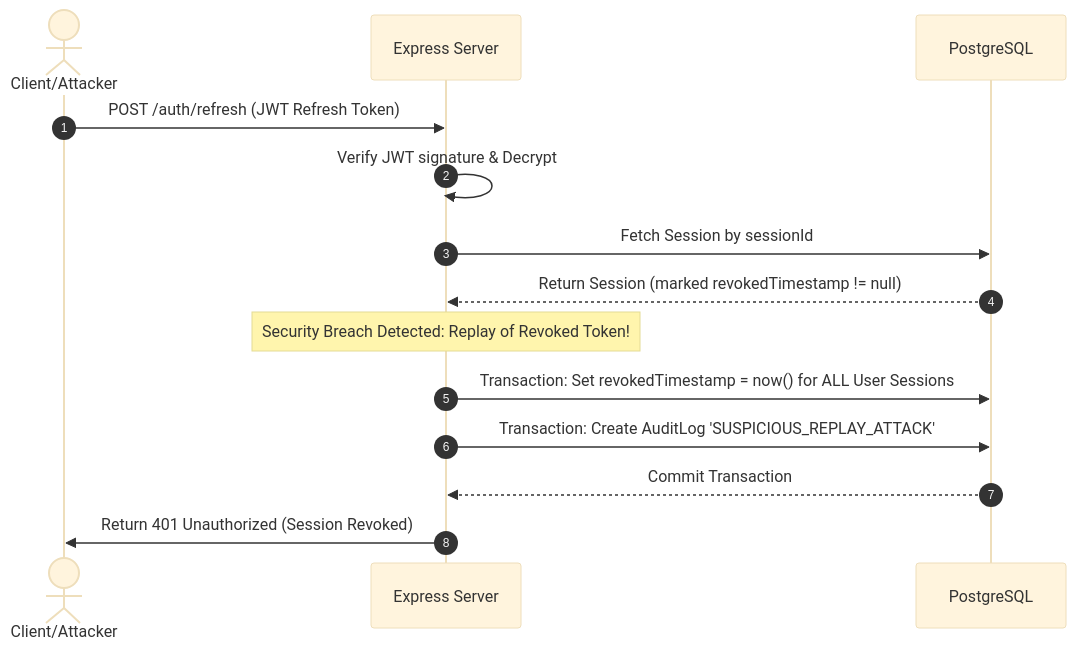
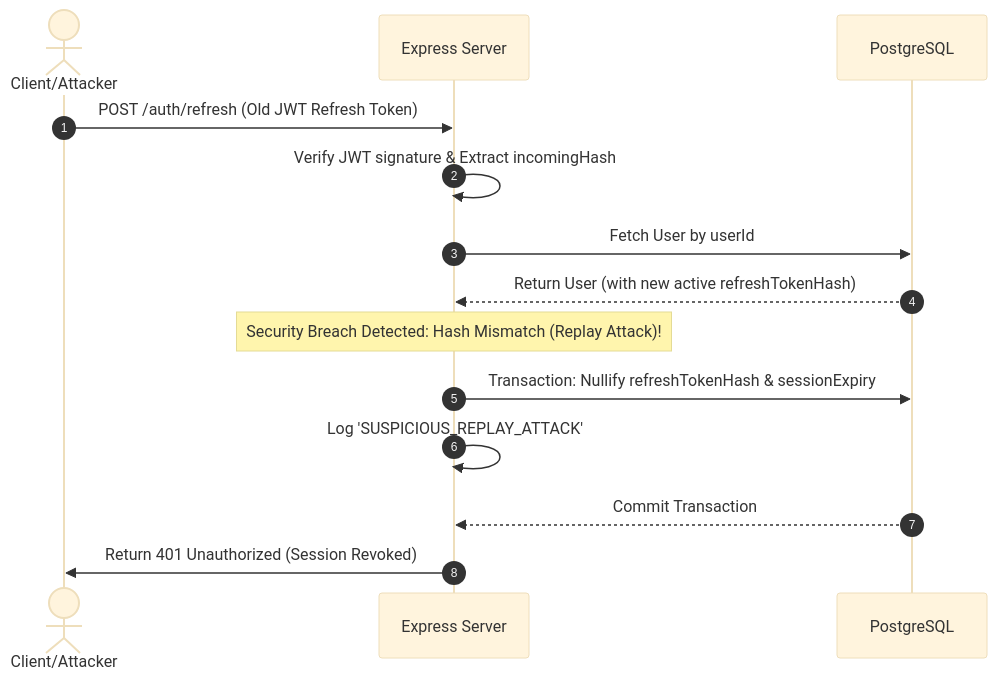
The second of 2 diagrams in doc/architecture.md (MVPAlok/Backend-Project-XENO), drawn with Mermaid (base theme) before and after one commit. The commit also changed other lines of this file and 34 other files, not shown here.

````diff
--- a/doc/architecture.md
+++ b/doc/architecture.md
@@ -186,17 +143,17 @@
 ```mermaid
 sequenceDiagram
     autonumber
     actor Client as Client/Attacker
     participant Server as Express Server
     participant DB as PostgreSQL
 
-    Client->>Server: POST /auth/refresh (JWT Refresh Token)
-    Server->>Server: Verify JWT signature & Decrypt
-    Server->>DB: Fetch Session by sessionId
-    DB-->>Server: Return Session (marked revokedTimestamp != null)
-    Note over Server: Security Breach Detected: Replay of Revoked Token!
-    Server->>DB: Transaction: Set revokedTimestamp = now() for ALL User Sessions
-    Server->>DB: Transaction: Create AuditLog 'SUSPICIOUS_REPLAY_ATTACK'
+    Client->>Server: POST /auth/refresh (Old JWT Refresh Token)
+    Server->>Server: Verify JWT signature & Extract incomingHash
+    Server->>DB: Fetch User by userId
+    DB-->>Server: Return User (with new active refreshTokenHash)
+    Note over Server: Security Breach Detected: Hash Mismatch (Replay Attack)!
+    Server->>DB: Transaction: Nullify refreshTokenHash & sessionExpiry
+    Server->>Server: Log 'SUSPICIOUS_REPLAY_ATTACK'
     DB-->>Server: Commit Transaction
     Server->>Client: Return 401 Unauthorized (Session Revoked)
 ```
````
